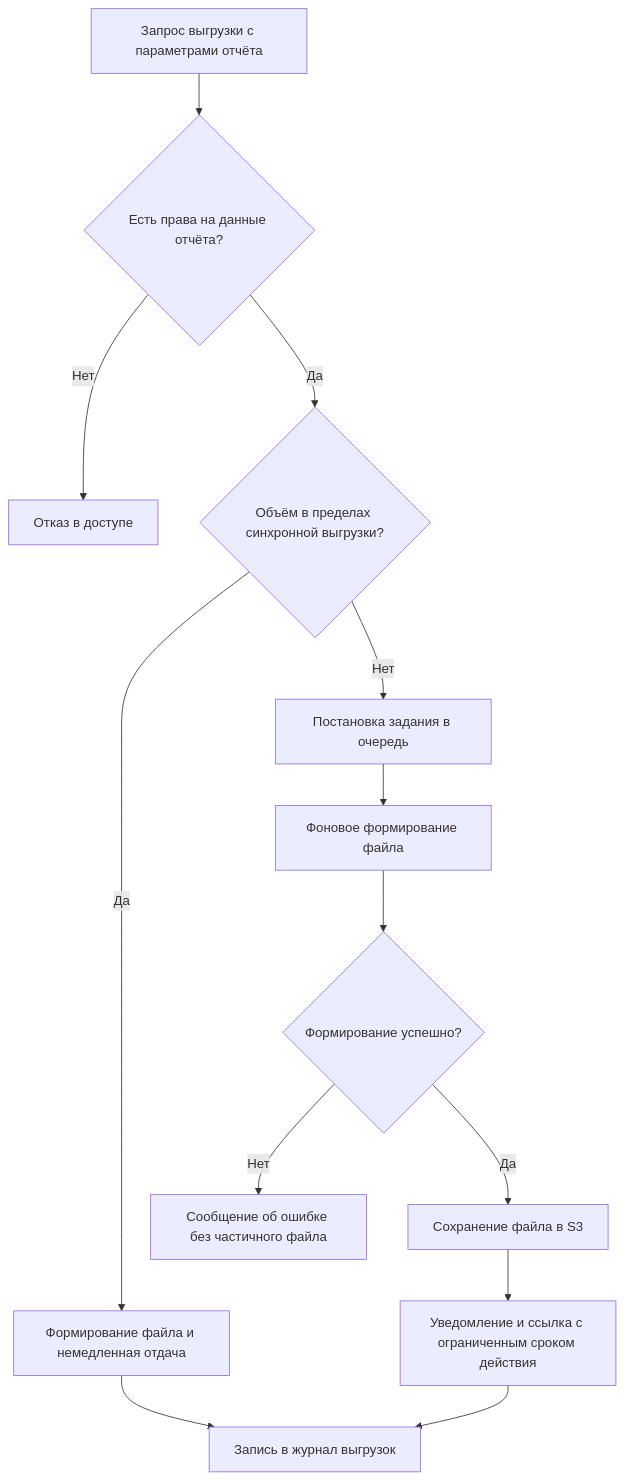
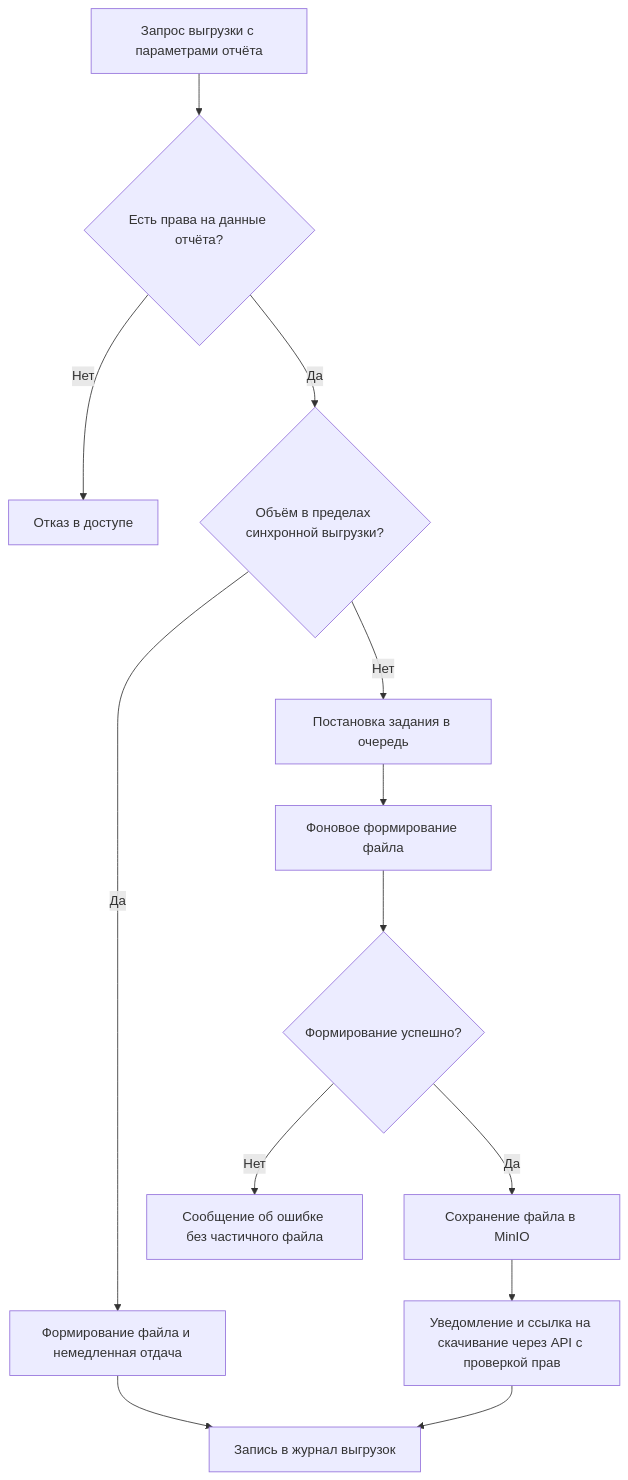
The fourth of 6 diagrams in reports/docs/vision.md (MEPhI-C22-501/arch-info-system-monorepo), drawn with Mermaid before and after one commit. The commit also changed other lines of this file and 40 other files, not shown here.

````diff
--- a/reports/docs/vision.md
+++ b/reports/docs/vision.md
@@ -252,15 +307,15 @@
 ```mermaid
 flowchart TD
     A["Запрос выгрузки с параметрами отчёта"] --> B{"Есть права на данные отчёта?"}
     B -->|"Нет"| C["Отказ в доступе"]
     B -->|"Да"| D{"Объём в пределах синхронной выгрузки?"}
     D -->|"Да"| E["Формирование файла и немедленная отдача"]
     D -->|"Нет"| F["Постановка задания в очередь"]
     F --> G["Фоновое формирование файла"]
     G --> H{"Формирование успешно?"}
     H -->|"Нет"| I["Сообщение об ошибке без частичного файла"]
-    H -->|"Да"| J["Сохранение файла в S3"]
-    J --> K["Уведомление и ссылка с ограниченным сроком действия"]
+    H -->|"Да"| J["Сохранение файла в MinIO"]
+    J --> K["Уведомление и ссылка на скачивание через API с проверкой прав"]
     E --> L["Запись в журнал выгрузок"]
     K --> L
 ```
````
